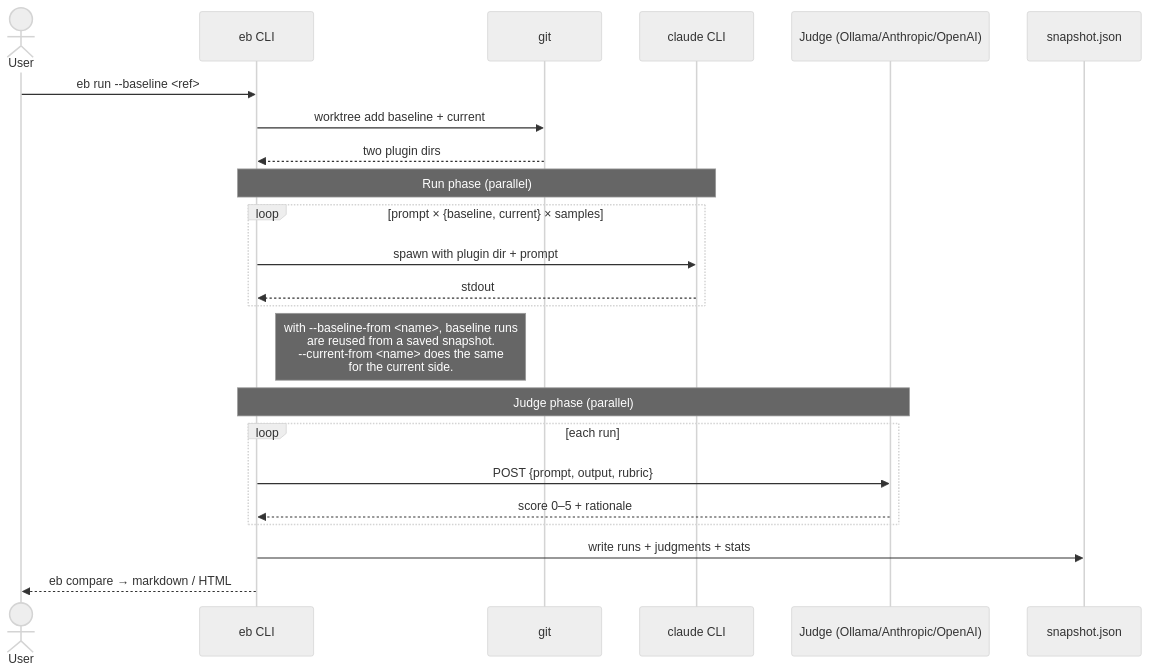
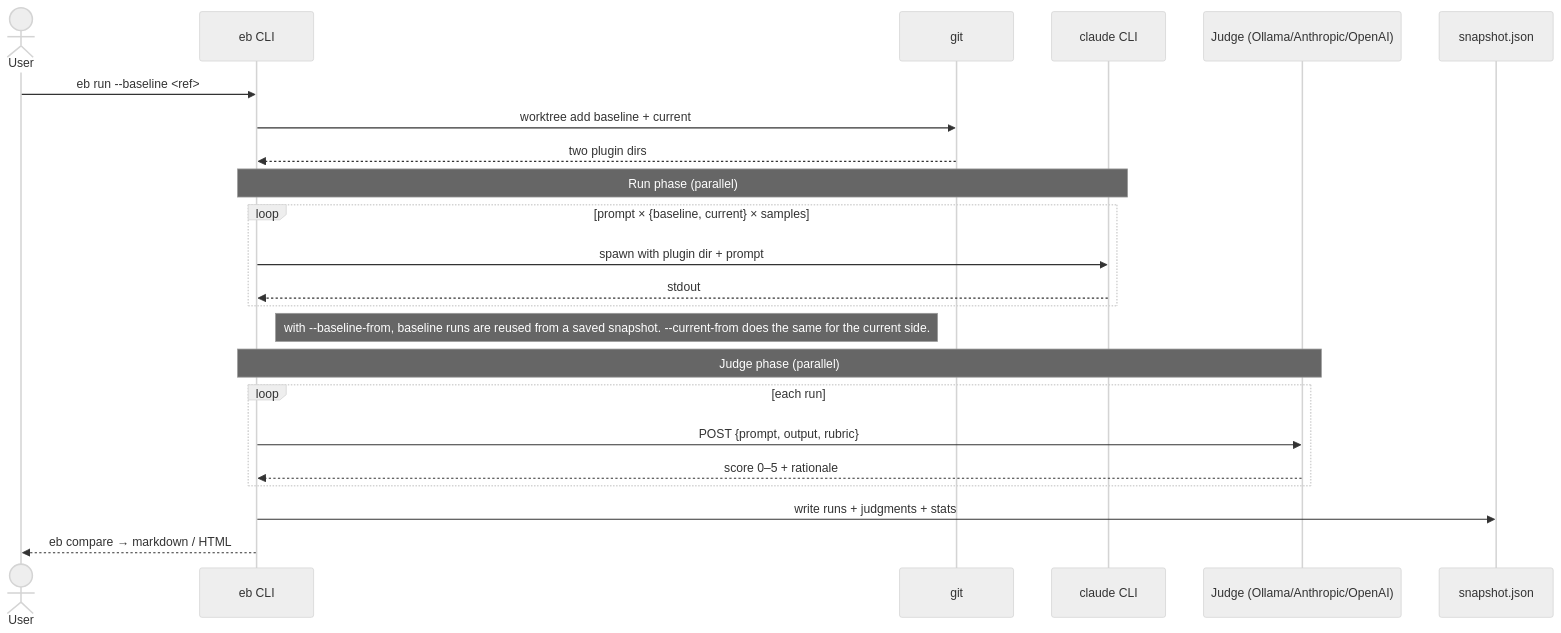
Before and after one commit to derberg/eval-bench: the first of 4 diagrams in README.md, drawn with Mermaid (neutral theme). The commit also changed other lines of this file, not shown here.

Commit message:
fix: remove all br tags from mermaid diagrams — not supported by GitHub renderer

````diff
--- a/README.md
+++ b/README.md
@@ -9,29 +9,29 @@
 ```mermaid
 sequenceDiagram
     actor User
     participant eb as eb CLI
     participant git
     participant claude as claude CLI
     participant judge as Judge (Ollama/Anthropic/OpenAI)
     participant snap as snapshot.json
 
     User->>eb: eb run --baseline <ref>
     eb->>git: worktree add baseline + current
     git-->>eb: two plugin dirs
 
     Note over eb,claude: Run phase (parallel)
     loop prompt × {baseline, current} × samples
         eb->>claude: spawn with plugin dir + prompt
         claude-->>eb: stdout
     end
-    Note right of eb: with --baseline-from <name>, baseline runs<br/>are reused from a saved snapshot.<br/>--current-from <name> does the same<br/>for the current side.
+    Note right of eb: with --baseline-from, baseline runs are reused from a saved snapshot. --current-from does the same for the current side.
 
     Note over eb,judge: Judge phase (parallel)
     loop each run
         eb->>judge: POST {prompt, output, rubric}
         judge-->>eb: score 0–5 + rationale
     end
 
     eb->>snap: write runs + judgments + stats
     eb-->>User: eb compare → markdown / HTML
 ```
````
